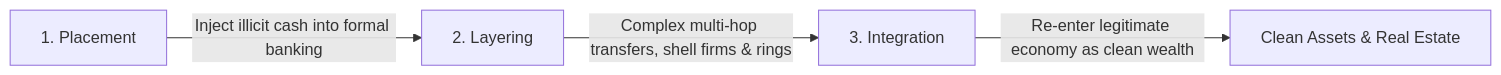
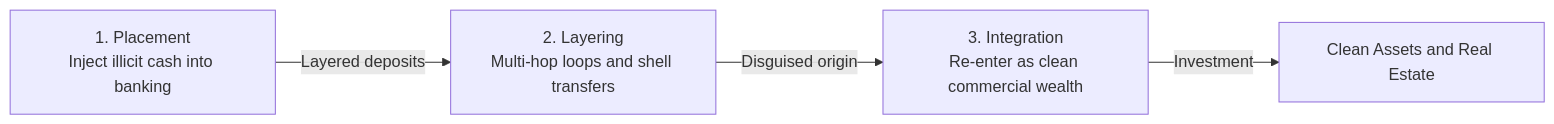
One commit to BharathKumar113/anti_money_laundering changed the first of 13 diagrams in documentation.md. Above: the diagram before and after it, drawn with Mermaid. The commit also changed other lines of this file, not shown here.

Commit message:
fix(docs): resolve rich display render issues, sanitize Mermaid diagrams, and add visual layout cards

````diff
--- a/documentation.md
+++ b/documentation.md
@@ -16,6 +16,6 @@
 ```mermaid
 flowchart LR
-    A["1. Placement"] -->|"Inject illicit cash into formal banking"| B["2. Layering"]
-    B -->|"Complex multi-hop transfers, shell firms & rings"| C["3. Integration"]
-    C -->|"Re-enter legitimate economy as clean wealth"| D["Clean Assets & Real Estate"]
+    Stage1["1. Placement<br/>Inject illicit cash into banking"] -->|"Layered deposits"| Stage2["2. Layering<br/>Multi-hop loops and shell transfers"]
+    Stage2 -->|"Disguised origin"| Stage3["3. Integration<br/>Re-enter as clean commercial wealth"]
+    Stage3 -->|"Investment"| Clean["Clean Assets and Real Estate"]
 ```
````
